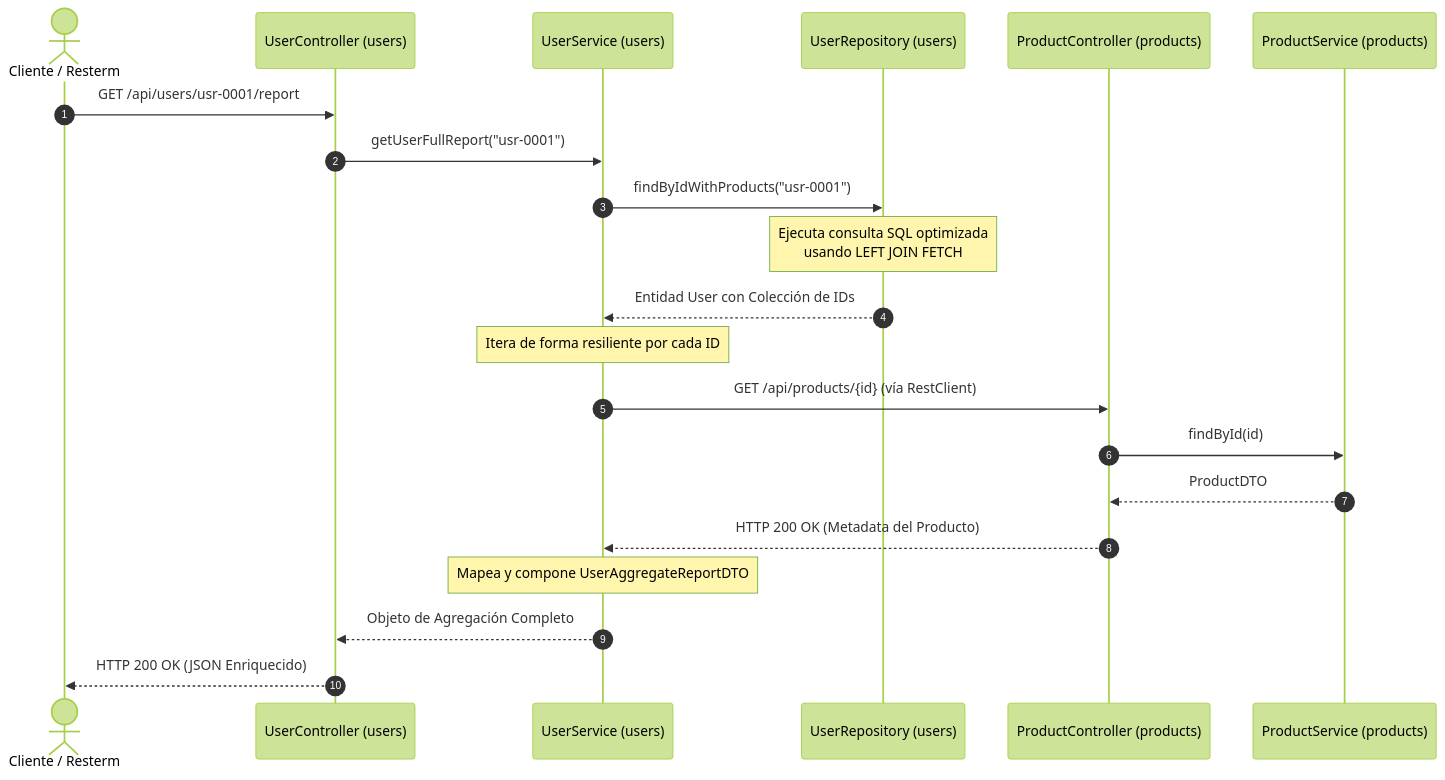
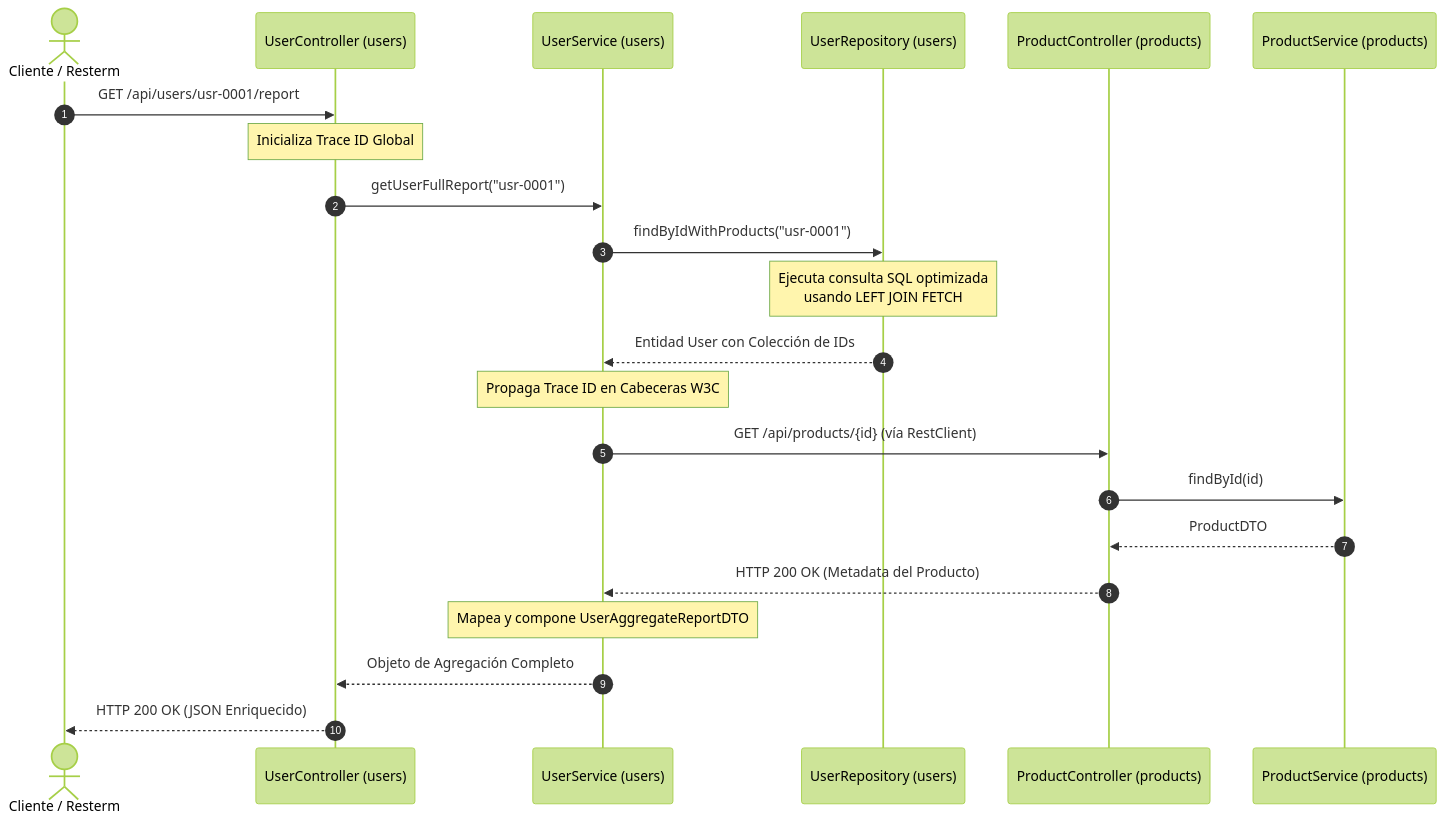
One commit to wortiz1027/workshop changed the fourth of 4 diagrams in README.md. Above: the diagram before and after it, drawn with Mermaid (forest theme). The commit also changed other lines of this file and 4 other files, not shown here.

````diff
--- a/README.md
+++ b/README.md
@@ -93,24 +129,25 @@
 ```mermaid
 sequenceDiagram
     autonumber
     actor Terminal as Cliente / Resterm
     participant UC as UserController (users)
     participant US as UserService (users)
     participant UR as UserRepository (users)
     participant PC as ProductController (products)
     participant PS as ProductService (products)
 
     Terminal->>UC: GET /api/users/usr-0001/report
+    Note over UC: Inicializa Trace ID Global
     UC->>US: getUserFullReport("usr-0001")
     US->>UR: findByIdWithProducts("usr-0001")
     Note over UR: Ejecuta consulta SQL optimizada<br/>usando LEFT JOIN FETCH
     UR-->>US: Entidad User con Colección de IDs
-    Note over US: Itera de forma resiliente por cada ID
+    Note over US: Propaga Trace ID en Cabeceras W3C
     US->>PC: GET /api/products/{id} (vía RestClient)
     PC->>PS: findById(id)
     PS-->>PC: ProductDTO
     PC-->>US: HTTP 200 OK (Metadata del Producto)
     Note over US: Mapea y compone UserAggregateReportDTO
     US-->>UC: Objeto de Agregación Completo
     UC-->>Terminal: HTTP 200 OK (JSON Enriquecido)
 ```
````
